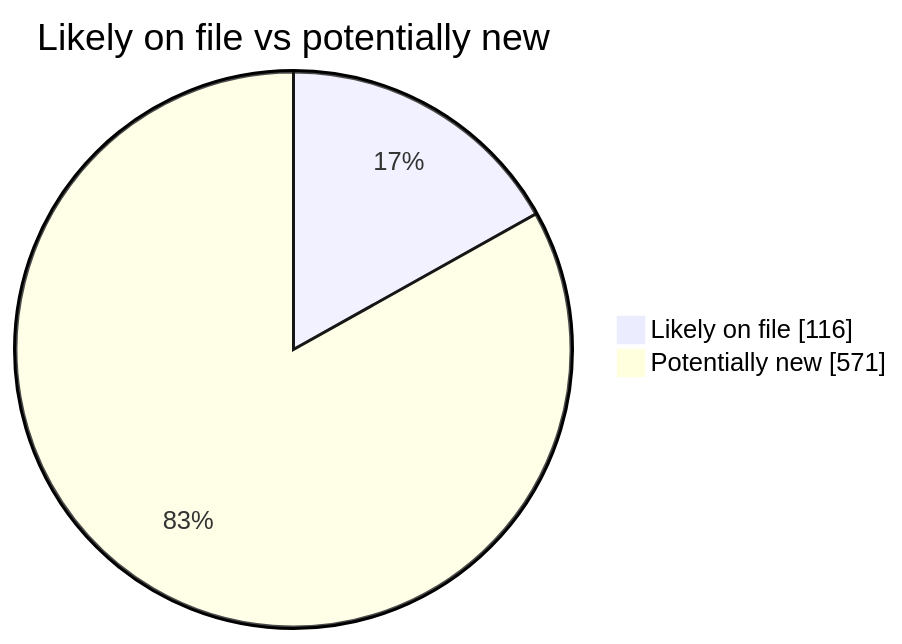
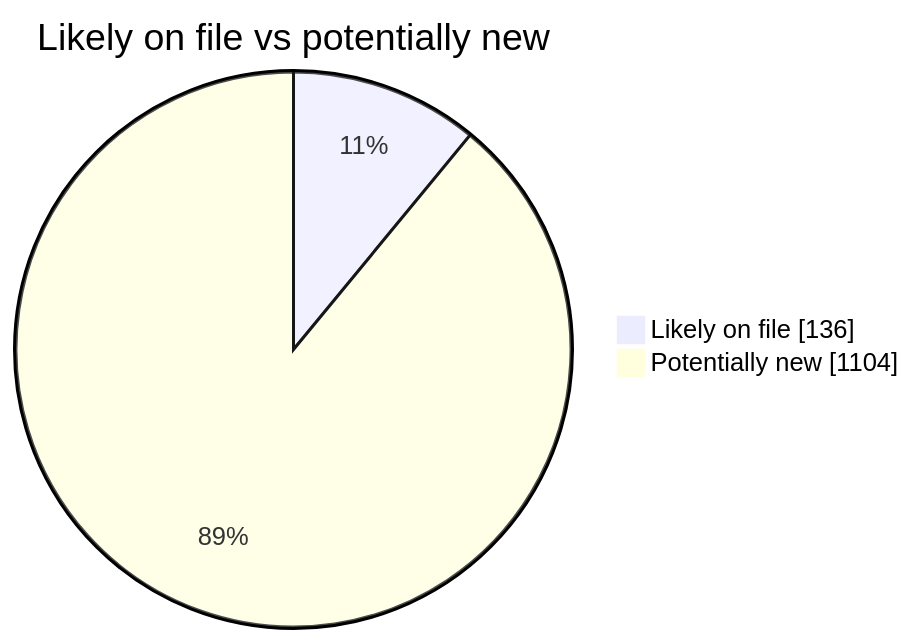
One commit to martinbalfanz/social-scanner-reports changed the second of 4 diagrams in README.md. Above: the diagram before and after it, drawn with Mermaid. The commit also changed other lines of this file and 2 other files, not shown here.

````diff
--- a/README.md
+++ b/README.md
@@ -40,5 +40,5 @@
 ```mermaid
 pie showData title Likely on file vs potentially new
-    "Likely on file" : 116
-    "Potentially new" : 571
+    "Likely on file" : 136
+    "Potentially new" : 1104
 ```
````
